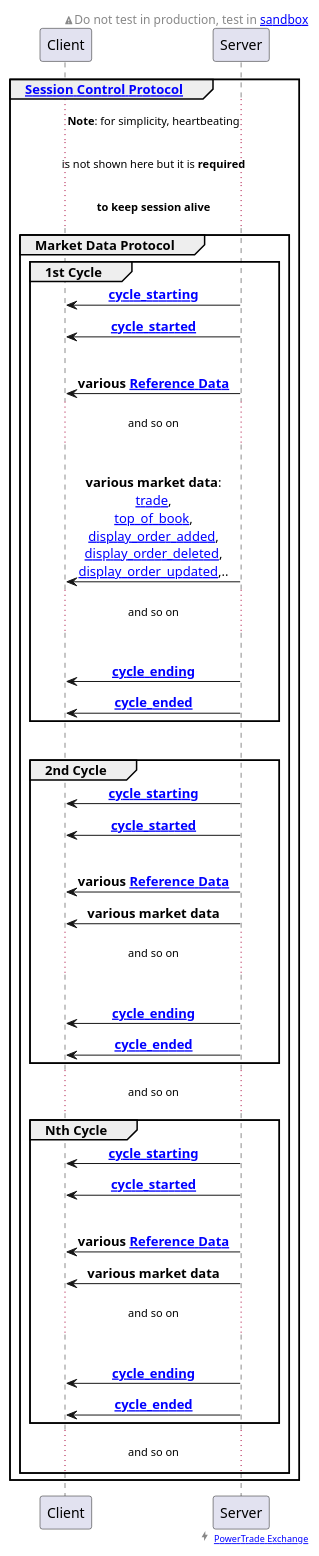
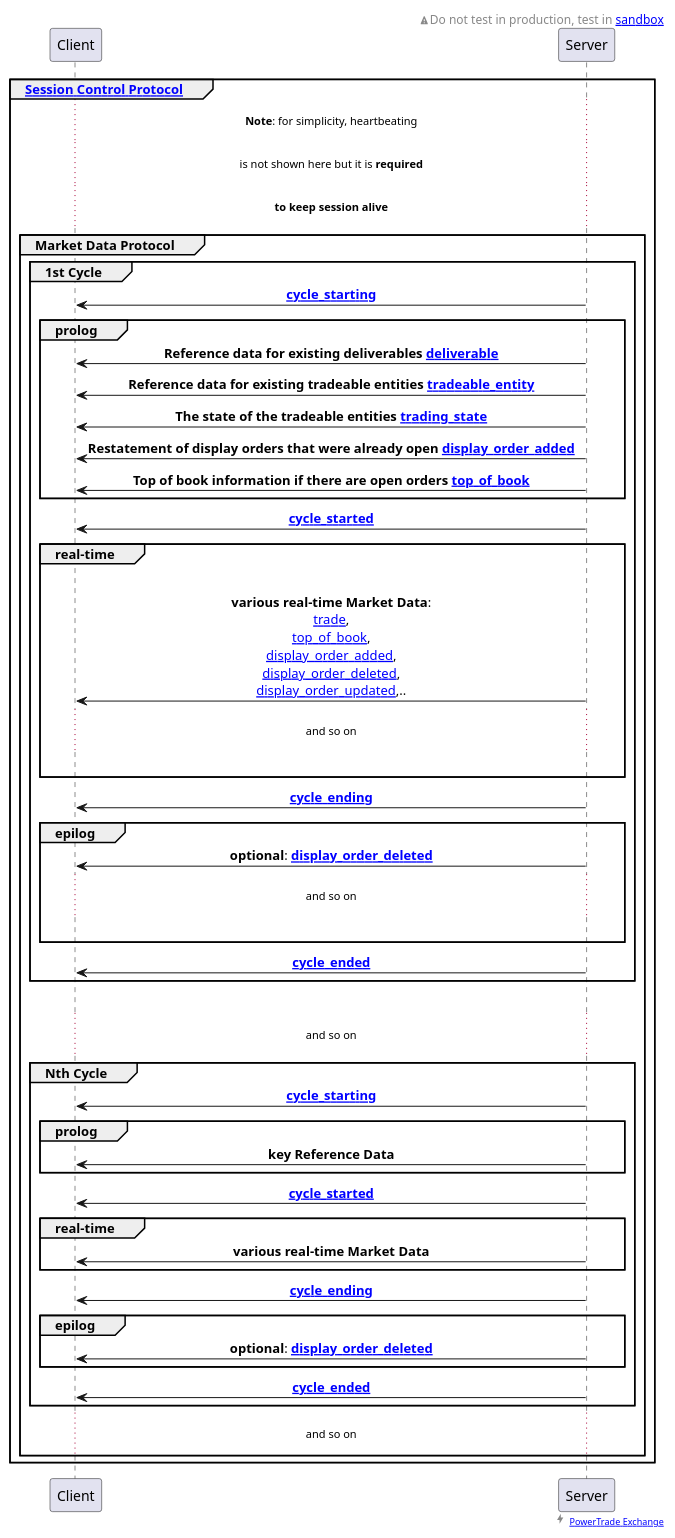
The diagram in protocols/puml/market_data_protocol.puml (Power-Trade/api-docs), drawn with PlantUML before and after one commit. The commit also changed 8 other files, not shown here.

Commit message:
improving diagrams by showing 3 phases of cycles, updating corresponding chapters

```diff
--- a/protocols/puml/market_data_protocol.puml
+++ b/protocols/puml/market_data_protocol.puml
@@ -1,82 +1,95 @@
 @startuml market_data_protocol
 
 ' to support time duration and delays:
 '!pragma teoz true
 
 'skinparam handwritten true
 'skinparam shadowing false
 
 'skinparam monochrome true
 skinparam sequenceMessageAlign center
 
 'skinparam title {
 '    BorderRoundCorner 5
 '    BorderThickness 1
 '    BorderColor black
 '    BackgroundColor WhiteSmoke
 '}
 
     '<font color=black>Warning:</font>
 right header
     <size:12><&warning>Do not test in production, test in [[#WS_API_Services_Sandbox sandbox]]</size>
 endheader
 
 right footer <size:15><&bolt></size> <size:9>[[https://power.trade PowerTrade Exchange]]</size>
 
 'entity Client
 'entity Server
 
 group <b>[[#session_control_with_auth Session Control Protocol]]</b>
 
     ... <b>Note</b>: for simplicity, heartbeating ...
     ... is not shown here but it is <b>required</b> ...
     ... <b>to keep session alive</b> ...
 
     group <b>Market Data Protocol</b>
 
         group 1st Cycle
+
             Client <- Server : <b>[[#cycle_starting cycle_starting]]</b>
+
+            group prolog
+                Client <- Server : <b>Reference data for existing deliverables</b> <b>[[#deliverable deliverable]]</b>
+                Client <- Server : <b>Reference data for existing tradeable entities</b> <b>[[#tradeable_entity tradeable_entity]]</b>
+                Client <- Server : <b>The state of the tradeable entities</b> <b>[[#trading_state trading_state]]</b>
+                Client <- Server : <b>Restatement of display orders that were already open</b> <b>[[#display_order_added display_order_added]]</b>
+                Client <- Server : <b>Top of book information if there are open orders</b> <b>[[#top_of_book top_of_book]]</b>
+            end
+
             Client <- Server : <b>[[#cycle_started cycle_started]]</b>
-            |||
-            Client <- Server : <b>various</b> <b>[[#Reference_Data Reference Data]]</b>
-            ... and so on ...
-            |||
-            Client <- Server : <b>various market data</b>:\n[[#trade trade]],\n[[#top_of_book top_of_book]],\n[[#display_order_added display_order_added]],\n[[#display_order_deleted display_order_deleted]],\n[[#display_order_updated display_order_updated]],..
-            ... and so on ...
-            |||
+
+            group real-time
+                |||
+                Client <- Server : <b>various real-time Market Data</b>:\n[[#trade trade]],\n[[#top_of_book top_of_book]],\n[[#display_order_added display_order_added]],\n[[#display_order_deleted display_order_deleted]],\n[[#display_order_updated display_order_updated]],..
+                ... and so on ...
+                |||
+            end
+
             Client <- Server : <b>[[#cycle_ending cycle_ending]]</b>
+
+            group epilog
+                Client <- Server : <b>optional</b>: <b>[[#display_order_deleted display_order_deleted]]</b>
+                ... and so on ...
+                |||
+            end
+
             Client <- Server : <b>[[#cycle_ended cycle_ended]]</b>
         end
         |||
-        group 2nd Cycle
+        ... and so on ...
+        group Nth Cycle
             Client <- Server : <b>[[#cycle_starting cycle_starting]]</b>
+
+            group prolog
+                Client <- Server : <b>key Reference Data</b>
+            end
+
             Client <- Server : <b>[[#cycle_started cycle_started]]</b>
-            |||
-            Client <- Server : <b>various</b> <b>[[#Reference_Data Reference Data]]</b>
-            Client <- Server : <b>various market data</b>
-            ... and so on ...
-            |||
+
+            group real-time
+                Client <- Server : <b>various real-time Market Data</b>
+            end
+
             Client <- Server : <b>[[#cycle_ending cycle_ending]]</b>
+
+            group epilog
+                Client <- Server : <b>optional</b>: <b>[[#display_order_deleted display_order_deleted]]</b>
+            end
+
             Client <- Server : <b>[[#cycle_ended cycle_ended]]</b>
         end
-
         ... and so on ...
-
-        group Nth Cycle
-            Client <- Server : <b>[[#cycle_starting cycle_starting]]</b>
-            Client <- Server : <b>[[#cycle_started cycle_started]]</b>
-            |||
-            Client <- Server : <b>various</b> <b>[[#Reference_Data Reference Data]]</b>
-            Client <- Server : <b>various market data</b>
-            ... and so on ...
-            |||
-            Client <- Server : <b>[[#cycle_ending cycle_ending]]</b>
-            Client <- Server : <b>[[#cycle_ended cycle_ended]]</b>
-        end
-
-        ... and so on ...
-
     end
 end
 
 @enduml
```
